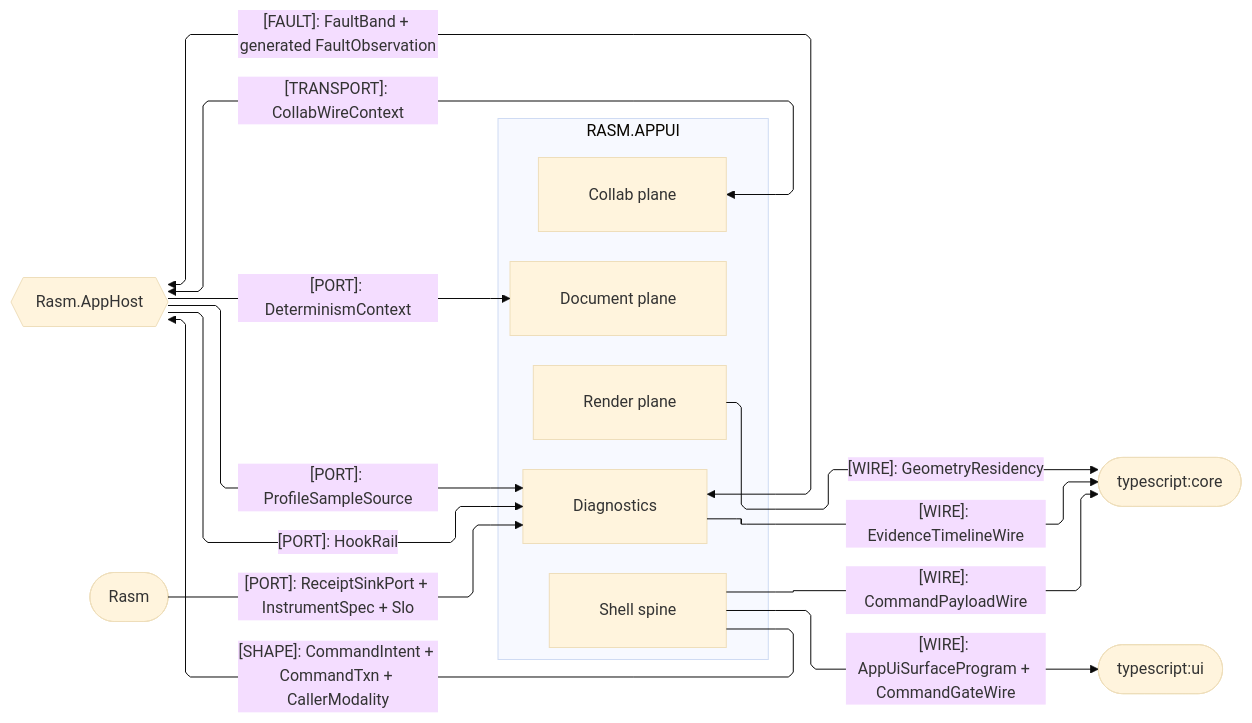
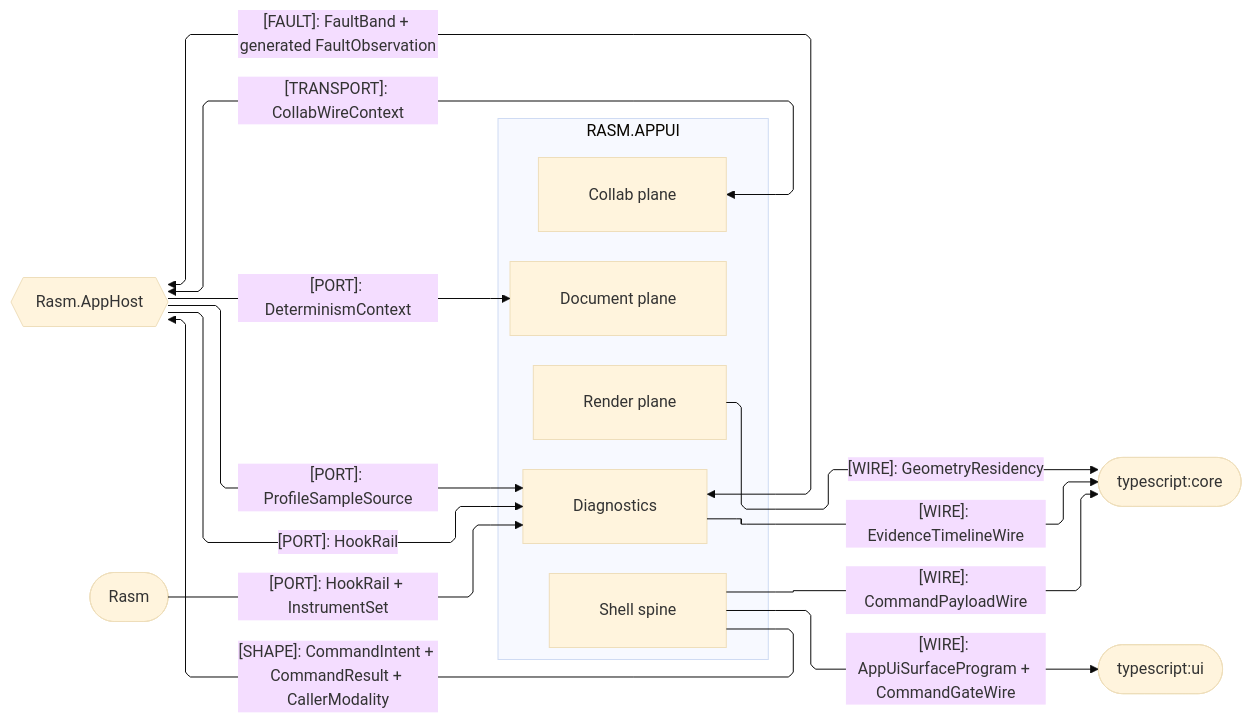
One commit to bsamiee/Rasm changed the third of 4 diagrams in libs/dotnet/Rasm.AppUi/ARCHITECTURE.md. Above: the diagram before and after it, drawn with Mermaid (base theme). The commit also changed other lines of this file and 1417 other files, not shown here.

````diff
--- a/libs/dotnet/Rasm.AppUi/ARCHITECTURE.md
+++ b/libs/dotnet/Rasm.AppUi/ARCHITECTURE.md
@@ -206,34 +206,34 @@
 ```mermaid
 ---
 config:
   layout: elk
   flowchart:
     curve: linear
     padding: 25
 ---
 flowchart LR
     accTitle: AppUi platform-host and cross-runtime wire seams
     accDescr: AppUi owners exchanging wires, ports, transport, the command shape, and the fault-band adjacency with the app host and TypeScript peers.
     subgraph appui[RASM.APPUI]
         Shell[Shell spine]
         Render[Render plane]
         Document[Document plane]
         Collab[Collab plane]
         Diagnostics[Diagnostics]
     end
     AppHost{{Rasm.AppHost}}
     Rasm([Rasm])
     Core([typescript:core])
     Ui([typescript:ui])
     Shell e1@-->|"[WIRE]: CommandPayloadWire"| Core
     Render e2@-->|"[WIRE]: GeometryResidency"| Core
     Diagnostics e3@-->|"[WIRE]: EvidenceTimelineWire"| Core
     Shell e4@-->|"[WIRE]: AppUiSurfaceProgram + CommandGateWire"| Ui
     AppHost e5@-->|"[PORT]: DeterminismContext"| Document
     Diagnostics e6@<-->|"[FAULT]: FaultBand + generated FaultObservation"| AppHost
-    Rasm e7@-->|"[PORT]: ReceiptSinkPort + InstrumentSpec + Slo"| Diagnostics
+    Rasm e7@-->|"[PORT]: HookRail + InstrumentSet"| Diagnostics
     AppHost e8@-->|"[PORT]: HookRail"| Diagnostics
     AppHost e9@-->|"[PORT]: ProfileSampleSource"| Diagnostics
     Collab e10@<-->|"[TRANSPORT]: CollabWireContext"| AppHost
-    Shell e11@-->|"[SHAPE]: CommandIntent + CommandTxn + CallerModality"| AppHost
+    Shell e11@-->|"[SHAPE]: CommandIntent + CommandResult + CallerModality"| AppHost
 ```
````
